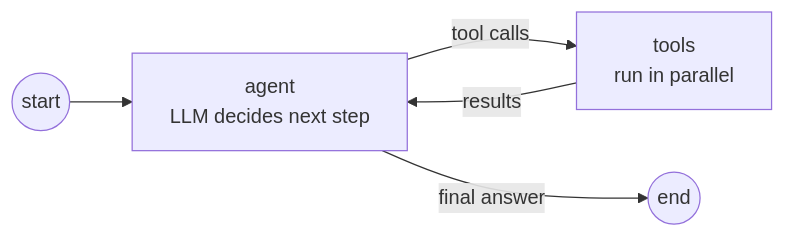
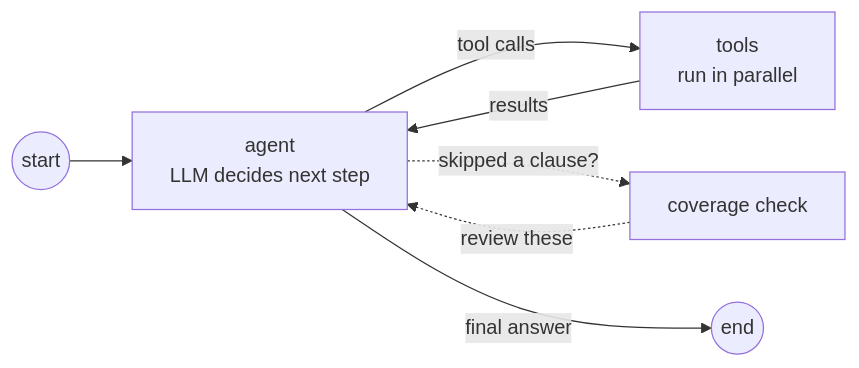
The diagram in README.md (Pallav6268/clause-deviation-agent), drawn with Mermaid before and after one commit. The commit also changed other lines of this file and 5 other files, not shown here.

First line of the commit message:
Add chat mode and a coverage check that sends the agent back to skipped clauses

````diff
--- a/README.md
+++ b/README.md
@@ -22,7 +23,9 @@
 ```mermaid
 flowchart LR
     S((start)) --> A[agent<br/>LLM decides next step]
     A -- tool calls --> T[tools<br/>run in parallel]
     T -- results --> A
+    A -. skipped a clause? .-> C[coverage check]
+    C -. review these .-> A
     A -- final answer --> E((end))
 ```
````
